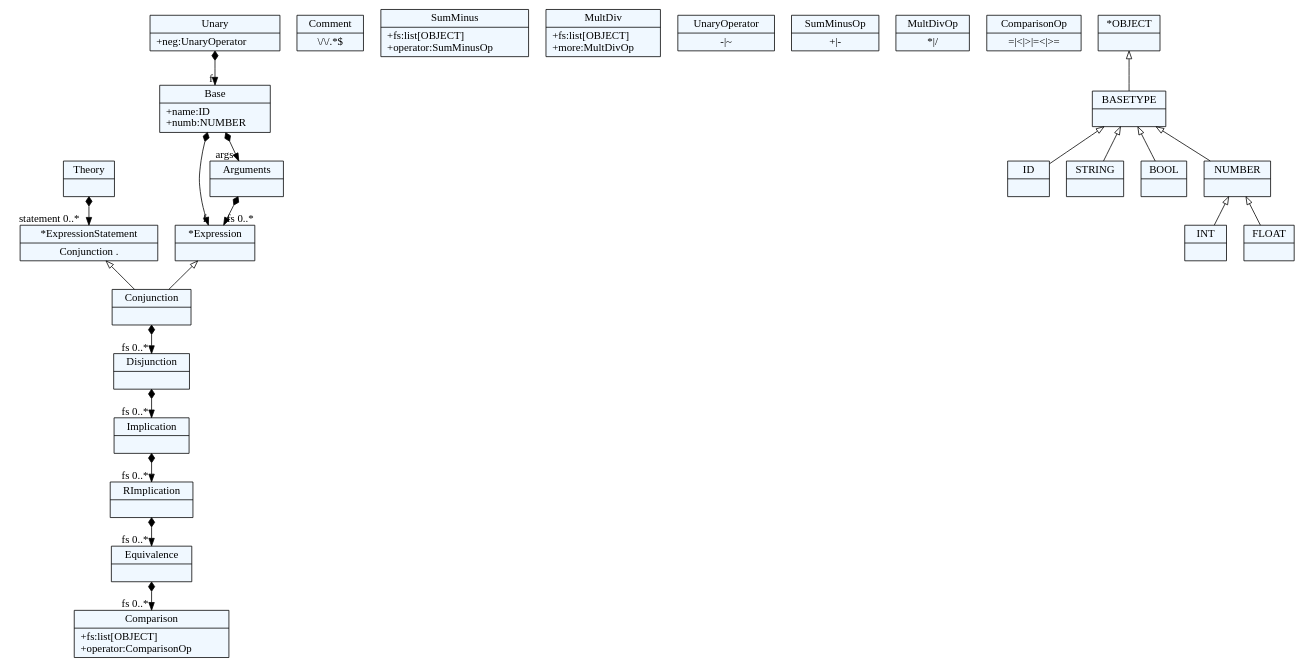
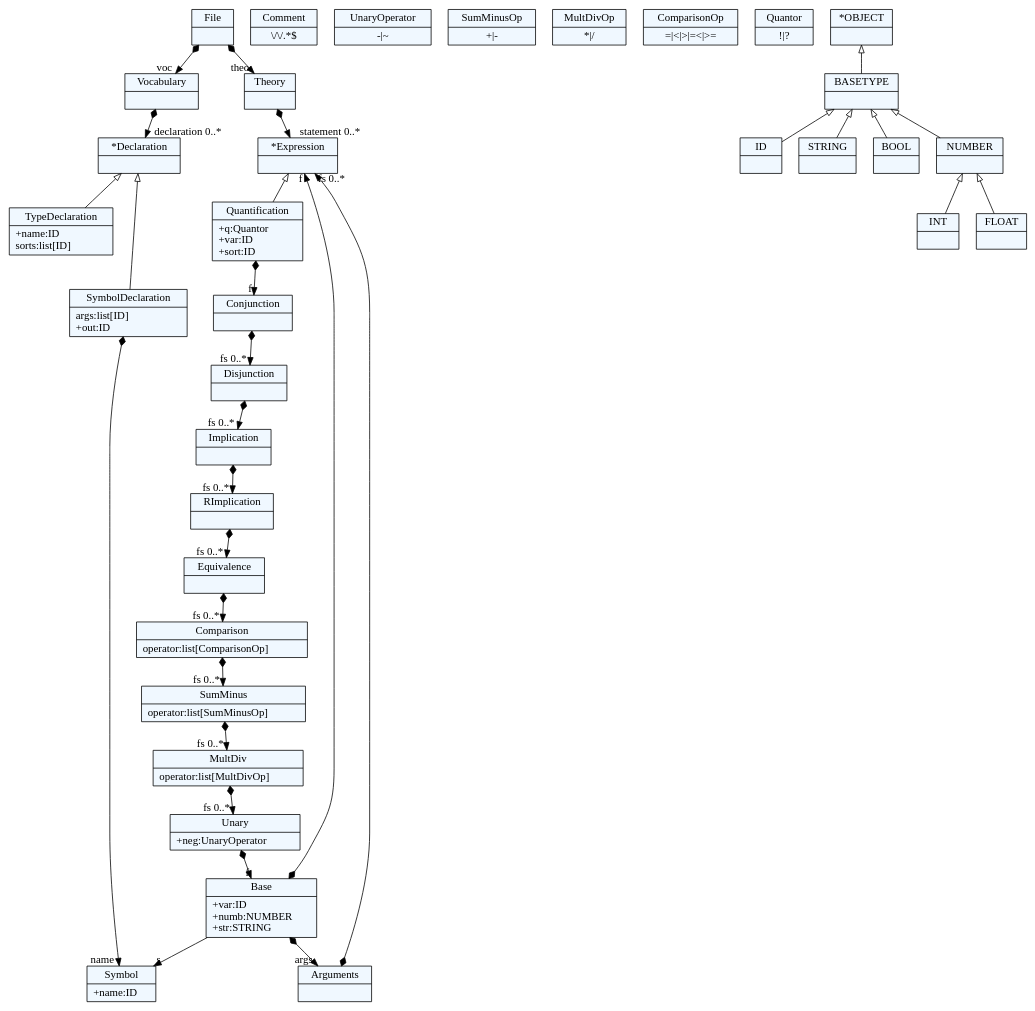
Before and after one commit to Sobhangh/IDP-Z3: the diagram in dsl/hello.tx.dot, drawn with Graphviz. The commit also changed 4 other files, not shown here.

```diff
--- a/dsl/hello.tx.dot
+++ b/dsl/hello.tx.dot
@@ -1,88 +1,112 @@
 
     digraph xtext {
     fontname = "Bitstream Vera Sans"
     fontsize = 8
     node[
         shape=record,
         style=filled,
         fillcolor=aliceblue
     ]
     nodesep = 0.3
     edge[dir=black,arrowtail=empty]
 
 
-28419032 -> 26351592[arrowtail=diamond, dir=both, headlabel="statement 0..*"]
-28419032[ label="{Theory|}"]
+17029656 -> 17013048[arrowtail=diamond, dir=both, headlabel="voc "]
+17029656 -> 17232856[arrowtail=diamond, dir=both, headlabel="theo "]
+17029656[ label="{File|}"]
 
-28402424[ label="{Comment|\\/\\/.*$}"]
+17013048 -> 17339048[arrowtail=diamond, dir=both, headlabel="declaration 0..*"]
+17013048[ label="{Vocabulary|}"]
 
-26351592[ label="{*ExpressionStatement|Conjunction .}"]
-26351592 -> 26349592 [dir=back]
+17232856 -> 14966504[arrowtail=diamond, dir=both, headlabel="statement 0..*"]
+17232856[ label="{Theory|}"]
 
-26356536[ label="{*Expression|}"]
-26356536 -> 26349592 [dir=back]
+14961560[ label="{Comment|\\/\\/.*$}"]
 
-26349592 -> 28610648[arrowtail=diamond, dir=both, headlabel="fs 0..*"]
-26349592[ label="{Conjunction|}"]
+14966504[ label="{*Expression|}"]
+14966504 -> 17278984 [dir=back]
 
-28610648 -> 28653384[arrowtail=diamond, dir=both, headlabel="fs 0..*"]
-28610648[ label="{Disjunction|}"]
+17278984 -> 14959560[arrowtail=diamond, dir=both, headlabel="f "]
+17278984[ label="{Quantification|+q:Quantor\l+var:ID\l+sort:ID\l}"]
 
-28653384 -> 28658328[arrowtail=diamond, dir=both, headlabel="fs 0..*"]
-28653384[ label="{Implication|}"]
+14959560 -> 17035192[arrowtail=diamond, dir=both, headlabel="fs 0..*"]
+14959560[ label="{Conjunction|}"]
 
-28658328 -> 28663272[arrowtail=diamond, dir=both, headlabel="fs 0..*"]
-28658328[ label="{RImplication|}"]
+17035192 -> 17282040[arrowtail=diamond, dir=both, headlabel="fs 0..*"]
+17035192[ label="{Disjunction|}"]
 
-28663272 -> 28668216[arrowtail=diamond, dir=both, headlabel="fs 0..*"]
-28663272[ label="{Equivalence|}"]
+17282040 -> 17286984[arrowtail=diamond, dir=both, headlabel="fs 0..*"]
+17282040[ label="{Implication|}"]
 
-28668216[ label="{Comparison|+fs:list[OBJECT]\l+operator:ComparisonOp\l}"]
+17286984 -> 17293640[arrowtail=diamond, dir=both, headlabel="fs 0..*"]
+17286984[ label="{RImplication|}"]
 
-28674280[ label="{SumMinus|+fs:list[OBJECT]\l+operator:SumMinusOp\l}"]
+17293640 -> 17299176[arrowtail=diamond, dir=both, headlabel="fs 0..*"]
+17293640[ label="{Equivalence|}"]
 
-28679224[ label="{MultDiv|+fs:list[OBJECT]\l+more:MultDivOp\l}"]
+17299176 -> 17304712[arrowtail=diamond, dir=both, headlabel="fs 0..*"]
+17299176[ label="{Comparison|operator:list[ComparisonOp]\l}"]
 
-28684168 -> 28689112[arrowtail=diamond, dir=both, headlabel="f "]
-28684168[ label="{Unary|+neg:UnaryOperator\l}"]
+17304712 -> 17310248[arrowtail=diamond, dir=both, headlabel="fs 0..*"]
+17304712[ label="{SumMinus|operator:list[SumMinusOp]\l}"]
 
-28689112 -> 28694056[arrowtail=diamond, dir=both, headlabel="args "]
-28689112 -> 26356536[arrowtail=diamond, dir=both, headlabel="f "]
-28689112[ label="{Base|+name:ID\l+numb:NUMBER\l}"]
+17310248 -> 17315784[arrowtail=diamond, dir=both, headlabel="fs 0..*"]
+17310248[ label="{MultDiv|operator:list[MultDivOp]\l}"]
 
-28694056 -> 26356536[arrowtail=diamond, dir=both, headlabel="fs 0..*"]
-28694056[ label="{Arguments|}"]
+17315784 -> 17321320[arrowtail=diamond, dir=both, headlabel="f "]
+17315784[ label="{Unary|+neg:UnaryOperator\l}"]
 
-28699000[ label="{UnaryOperator|-\|~}"]
+17321320 -> 17355064[headlabel="s "]
+17321320 -> 17326856[arrowtail=diamond, dir=both, headlabel="args "]
+17321320 -> 14966504[arrowtail=diamond, dir=both, headlabel="f "]
+17321320[ label="{Base|+var:ID\l+numb:NUMBER\l+str:STRING\l}"]
 
-28703944[ label="{SumMinusOp|+\|-}"]
+17326856 -> 14966504[arrowtail=diamond, dir=both, headlabel="fs 0..*"]
+17326856[ label="{Arguments|}"]
 
-28666216[ label="{MultDivOp|*\|/}"]
+17332392[ label="{UnaryOperator|-\|~}"]
 
-28651384[ label="{ComparisonOp|=\|\<\|\>\|=\<\|\>=}"]
+17291640[ label="{SumMinusOp|+\|-}"]
 
-28399480[ label="{ID|}"]
+17018584[ label="{MultDivOp|*\|/}"]
 
-28404424[ label="{STRING|}"]
+17314840[ label="{ComparisonOp|=\|\<\|\>\|=\<\|\>=}"]
 
-28409960[ label="{BOOL|}"]
+17331448[ label="{Quantor|!\|\?}"]
 
-28415496[ label="{INT|}"]
+17339048[ label="{*Declaration|}"]
+17339048 -> 17343992 [dir=back]
+17339048 -> 17349528 [dir=back]
 
-28421032[ label="{FLOAT|}"]
+17343992[ label="{TypeDeclaration|+name:ID\lsorts:list[ID]\l}"]
 
-28426568[ label="{NUMBER|}"]
-28426568 -> 28421032 [dir=back]
-28426568 -> 28415496 [dir=back]
+17349528 -> 17355064[arrowtail=diamond, dir=both, headlabel="name "]
+17349528[ label="{SymbolDeclaration|args:list[ID]\l+out:ID\l}"]
 
-28432104[ label="{BASETYPE|}"]
-28432104 -> 28426568 [dir=back]
-28432104 -> 28409960 [dir=back]
-28432104 -> 28399480 [dir=back]
-28432104 -> 28404424 [dir=back]
+17355064[ label="{Symbol|+name:ID\l}"]
 
-28438232[ label="{*OBJECT|}"]
-28438232 -> 28432104 [dir=back]
+17006696[ label="{ID|}"]
+
+17015048[ label="{STRING|}"]
+
+17020584[ label="{BOOL|}"]
+
+17026120[ label="{INT|}"]
+
+17031656[ label="{FLOAT|}"]
+
+17037192[ label="{NUMBER|}"]
+17037192 -> 17031656 [dir=back]
+17037192 -> 17026120 [dir=back]
+
+17042728[ label="{BASETYPE|}"]
+17042728 -> 17037192 [dir=back]
+17042728 -> 17020584 [dir=back]
+17042728 -> 17006696 [dir=back]
+17042728 -> 17015048 [dir=back]
+
+17048856[ label="{*OBJECT|}"]
+17048856 -> 17042728 [dir=back]
 
 
 }
```
